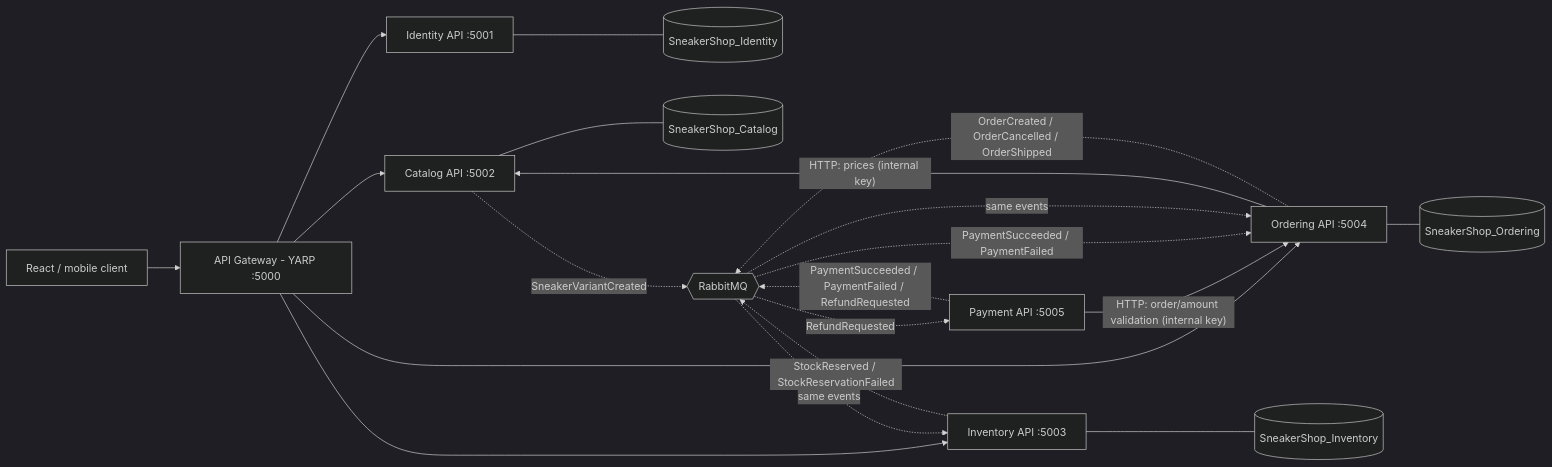
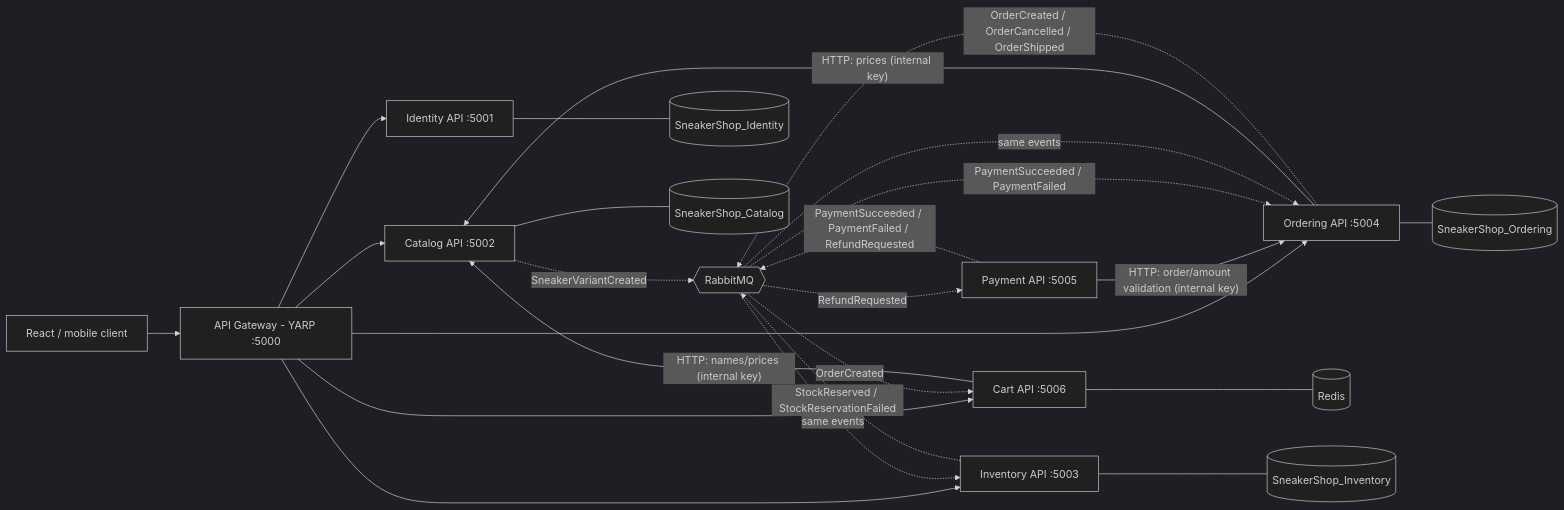
One commit to Hoang223678/SneakerShop changed the diagram in README.md. Above: the diagram before and after it, drawn with Mermaid (dark theme). The commit also changed other lines of this file and 70 other files, not shown here.

````diff
--- a/README.md
+++ b/README.md
@@ -8,23 +8,27 @@
 ```mermaid
 flowchart LR
     Client[React / mobile client] --> GW[API Gateway - YARP :5000]
     GW --> ID[Identity API :5001]
     GW --> CAT[Catalog API :5002]
     GW --> INV[Inventory API :5003]
     GW --> ORD[Ordering API :5004]
+    GW --> CART[Cart API :5006]
     PAY[Payment API :5005]
+    CART --- RD[(Redis)]
+    CART -- "HTTP: names/prices (internal key)" --> CAT
+    MQ -. OrderCreated .-> CART
     ID --- DB1[(SneakerShop_Identity)]
     CAT --- DB2[(SneakerShop_Catalog)]
     INV --- DB3[(SneakerShop_Inventory)]
     ORD --- DB4[(SneakerShop_Ordering)]
     ORD -- "HTTP: prices (internal key)" --> CAT
     PAY -- "HTTP: order/amount validation (internal key)" --> ORD
     PAY -. PaymentSucceeded / PaymentFailed / RefundRequested .-> MQ
     MQ -. PaymentSucceeded / PaymentFailed .-> ORD
     MQ -. RefundRequested .-> PAY
     CAT -. SneakerVariantCreated .-> MQ{{RabbitMQ}}
     ORD -. OrderCreated / OrderCancelled / OrderShipped .-> MQ
     MQ -. same events .-> INV
     INV -. StockReserved / StockReservationFailed .-> MQ
     MQ -. same events .-> ORD
 ```
````
